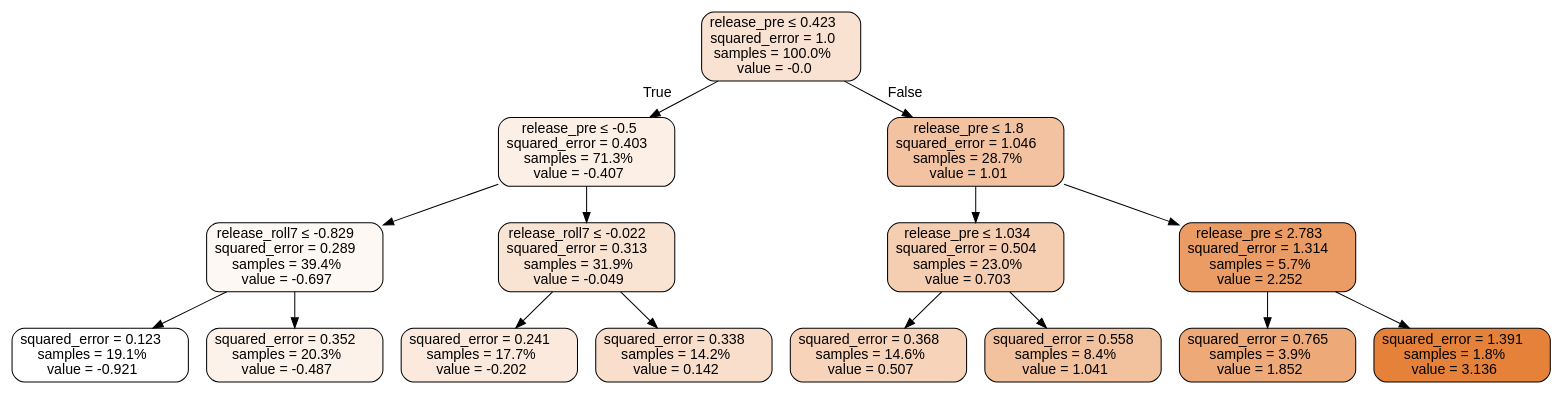
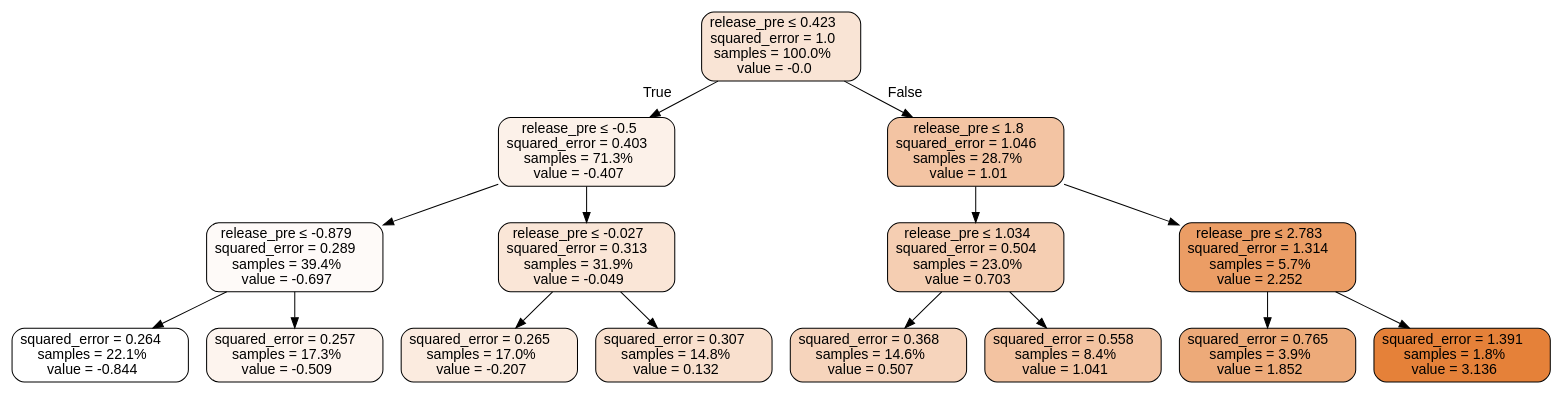
Before and after one commit to lcford2/predict-release: the diagram in results/basin_eval/tva/treed_model/tree.dot, drawn with Graphviz. The commit also changed 23 other files, not shown here.

```diff
--- a/results/basin_eval/tva/treed_model/tree.dot
+++ b/results/basin_eval/tva/treed_model/tree.dot
@@ -1,33 +1,33 @@
 digraph Tree {
 node [shape=box, style="filled, rounded", color="black", fontname="helvetica"] ;
 edge [fontname="helvetica"] ;
-0 [label=<release_pre &le; 0.423<br/>squared_error = 1.0<br/>samples = 100.0%<br/>value = -0.0>, fillcolor="#f9e2d2"] ;
-1 [label=<release_pre &le; -0.5<br/>squared_error = 0.403<br/>samples = 71.3%<br/>value = -0.407>, fillcolor="#fcefe6"] ;
+0 [label=<release_pre &le; 0.423<br/>squared_error = 1.0<br/>samples = 100.0%<br/>value = -0.0>, fillcolor="#f9e4d5"] ;
+1 [label=<release_pre &le; -0.5<br/>squared_error = 0.403<br/>samples = 71.3%<br/>value = -0.407>, fillcolor="#fcf1e9"] ;
 0 -> 1 [labeldistance=2.5, labelangle=45, headlabel="True"] ;
-2 [label=<release_roll7 &le; -0.829<br/>squared_error = 0.289<br/>samples = 39.4%<br/>value = -0.697>, fillcolor="#fef8f4"] ;
+2 [label=<release_pre &le; -0.879<br/>squared_error = 0.289<br/>samples = 39.4%<br/>value = -0.697>, fillcolor="#fefaf8"] ;
 1 -> 2 ;
-3 [label=<squared_error = 0.123<br/>samples = 19.1%<br/>value = -0.921>, fillcolor="#ffffff"] ;
+3 [label=<squared_error = 0.264<br/>samples = 22.1%<br/>value = -0.844>, fillcolor="#ffffff"] ;
 2 -> 3 ;
-4 [label=<squared_error = 0.352<br/>samples = 20.3%<br/>value = -0.487>, fillcolor="#fcf2ea"] ;
+4 [label=<squared_error = 0.257<br/>samples = 17.3%<br/>value = -0.509>, fillcolor="#fdf4ee"] ;
 2 -> 4 ;
-5 [label=<release_roll7 &le; -0.022<br/>squared_error = 0.313<br/>samples = 31.9%<br/>value = -0.049>, fillcolor="#f9e4d4"] ;
+5 [label=<release_pre &le; -0.027<br/>squared_error = 0.313<br/>samples = 31.9%<br/>value = -0.049>, fillcolor="#fae6d7"] ;
 1 -> 5 ;
-6 [label=<squared_error = 0.241<br/>samples = 17.7%<br/>value = -0.202>, fillcolor="#fae9dc"] ;
+6 [label=<squared_error = 0.265<br/>samples = 17.0%<br/>value = -0.207>, fillcolor="#fbebdf"] ;
 5 -> 6 ;
-7 [label=<squared_error = 0.338<br/>samples = 14.2%<br/>value = 0.142>, fillcolor="#f8decb"] ;
+7 [label=<squared_error = 0.307<br/>samples = 14.8%<br/>value = 0.132>, fillcolor="#f9e0ce"] ;
 5 -> 7 ;
-8 [label=<release_pre &le; 1.8<br/>squared_error = 1.046<br/>samples = 28.7%<br/>value = 1.01>, fillcolor="#f3c3a1"] ;
+8 [label=<release_pre &le; 1.8<br/>squared_error = 1.046<br/>samples = 28.7%<br/>value = 1.01>, fillcolor="#f3c4a3"] ;
 0 -> 8 [labeldistance=2.5, labelangle=-45, headlabel="False"] ;
-9 [label=<release_pre &le; 1.034<br/>squared_error = 0.504<br/>samples = 23.0%<br/>value = 0.703>, fillcolor="#f5cdb0"] ;
+9 [label=<release_pre &le; 1.034<br/>squared_error = 0.504<br/>samples = 23.0%<br/>value = 0.703>, fillcolor="#f5ceb2"] ;
 8 -> 9 ;
-10 [label=<squared_error = 0.368<br/>samples = 14.6%<br/>value = 0.507>, fillcolor="#f6d3b9"] ;
+10 [label=<squared_error = 0.368<br/>samples = 14.6%<br/>value = 0.507>, fillcolor="#f6d4bc"] ;
 9 -> 10 ;
-11 [label=<squared_error = 0.558<br/>samples = 8.4%<br/>value = 1.041>, fillcolor="#f2c29f"] ;
+11 [label=<squared_error = 0.558<br/>samples = 8.4%<br/>value = 1.041>, fillcolor="#f3c3a1"] ;
 9 -> 11 ;
-12 [label=<release_pre &le; 2.783<br/>squared_error = 1.314<br/>samples = 5.7%<br/>value = 2.252>, fillcolor="#eb9c64"] ;
+12 [label=<release_pre &le; 2.783<br/>squared_error = 1.314<br/>samples = 5.7%<br/>value = 2.252>, fillcolor="#eb9d65"] ;
 8 -> 12 ;
-13 [label=<squared_error = 0.765<br/>samples = 3.9%<br/>value = 1.852>, fillcolor="#eda978"] ;
+13 [label=<squared_error = 0.765<br/>samples = 3.9%<br/>value = 1.852>, fillcolor="#edaa79"] ;
 12 -> 13 ;
 14 [label=<squared_error = 1.391<br/>samples = 1.8%<br/>value = 3.136>, fillcolor="#e58139"] ;
 12 -> 14 ;
 }
```
